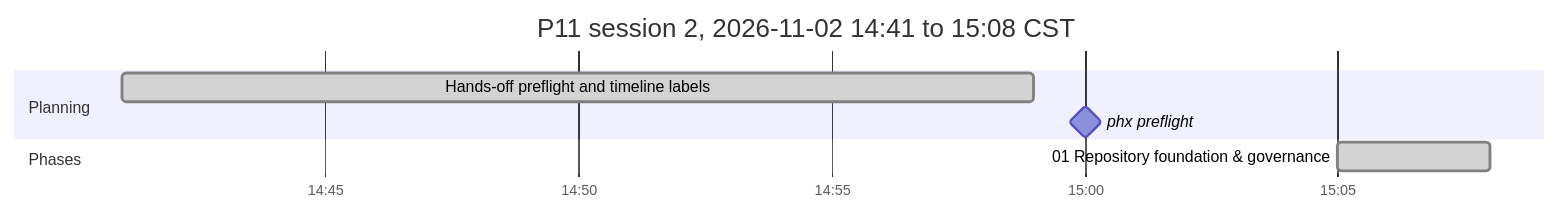
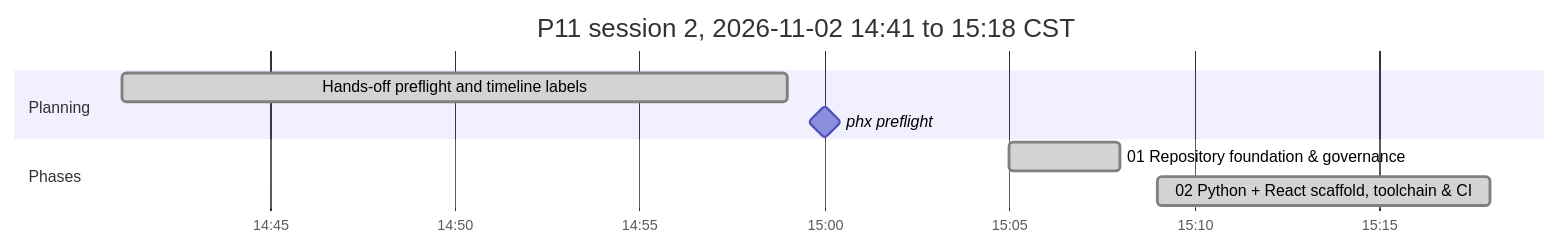
Before and after one commit to antonizick/project1111: the second of 2 diagrams in P11_IMPLEMENTATION_PLAN.md, drawn with Mermaid. The commit also changed other lines of this file and 1 other file, not shown here.

Commit message:
docs(plan): refresh timeline

````diff
--- a/P11_IMPLEMENTATION_PLAN.md
+++ b/P11_IMPLEMENTATION_PLAN.md
@@ -74,11 +74,12 @@
 ```mermaid
 gantt
-    title P11 session 2, 2026-11-02 14:41 to 15:08 CST
+    title P11 session 2, 2026-11-02 14:41 to 15:18 CST
     dateFormat YYYY-MM-DD HH:mm
     axisFormat %H:%M
     section Planning
     Hands-off preflight and timeline labels :done, plan3, 2026-11-02 14:41, 2026-11-02 14:59
     phx preflight :milestone, pf13ee0d5, 2026-11-02 15:00, 0m
     section Phases
     01 Repository foundation & governance :done, p01s2, 2026-11-02 15:05, 2026-11-02 15:08
+    02 Python + React scaffold, toolchain & CI :done, p02s2, 2026-11-02 15:09, 2026-11-02 15:18
 ```
````
